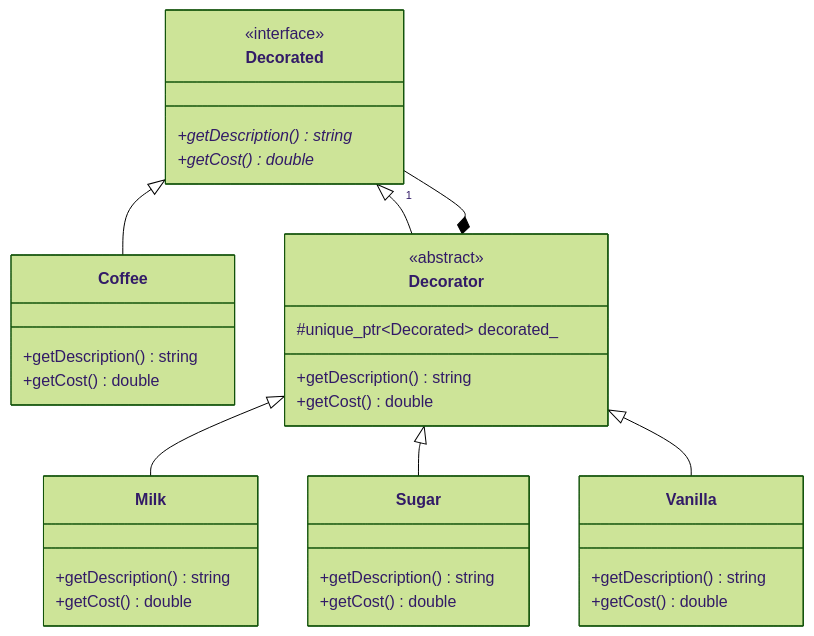
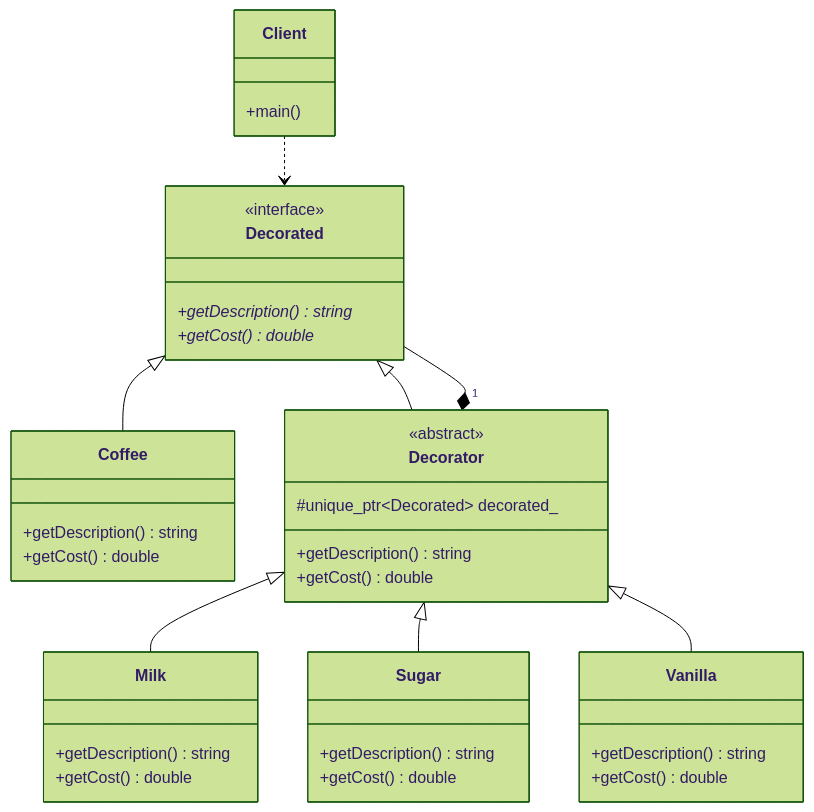
The diagram in 11_Decorator/Simple/diagram.md (Cichlidfishexigency721/Modern-CPP-Design-Patterns), drawn with Mermaid (forest theme) before and after one commit.

Commit message:
UML improvement

````diff
--- a/11_Decorator/Simple/diagram.md
+++ b/11_Decorator/Simple/diagram.md
@@ -3,45 +3,52 @@
 ```mermaid
 classDiagram
    class Decorated {
       <<interface>>
       +getDescription()* string
       +getCost()* double
    }
 
    class Coffee {
       +getDescription() string
       +getCost() double
    }
 
    class Decorator {
       <<abstract>>
       #unique_ptr~Decorated~ decorated_
       +getDescription() string
       +getCost() double
    }
 
    class Milk {
       +getDescription() string
       +getCost() double
    }
 
    class Sugar {
       +getDescription() string
       +getCost() double
    }
 
    class Vanilla {
       +getDescription() string
       +getCost() double
    }
 
+   class Client {
+      +main()
+   }
+
    %% Inheritance (Is_a)
    Decorated <|-- Coffee
    Decorated <|-- Decorator
    Decorator <|-- Milk
    Decorator <|-- Sugar
    Decorator <|-- Vanilla
 
    %% Composition (Has_a) - Multiplicity "1" at the end
-   Decorator *-- "1" Decorated
+   Decorator "1" *-- Decorated
+
+   %% Dependency - No numbers
+   Client ..> Decorated
 ```
````
